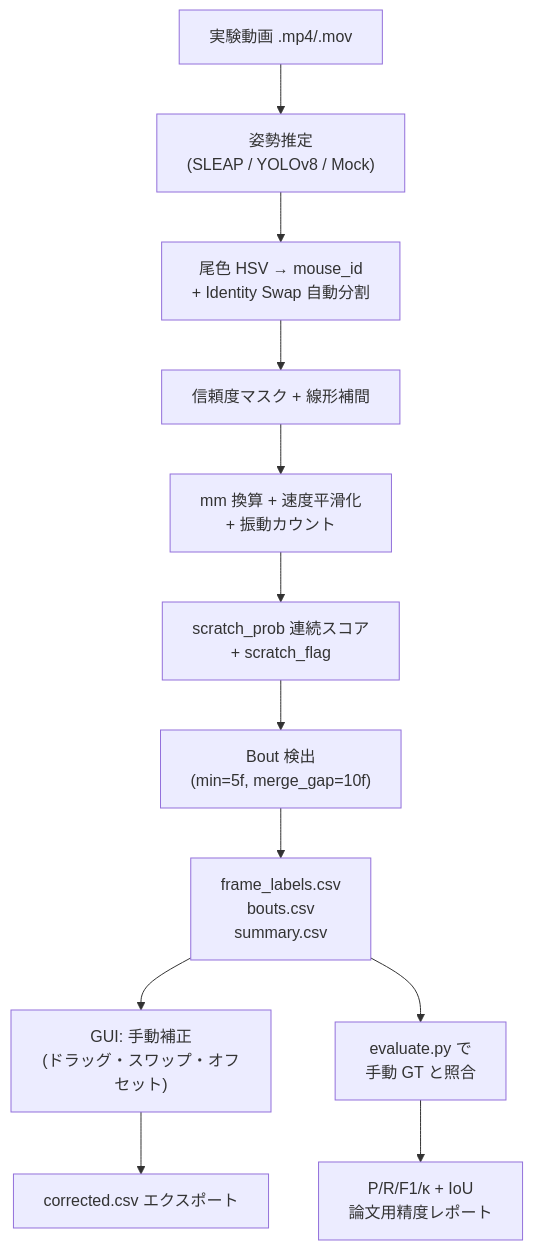
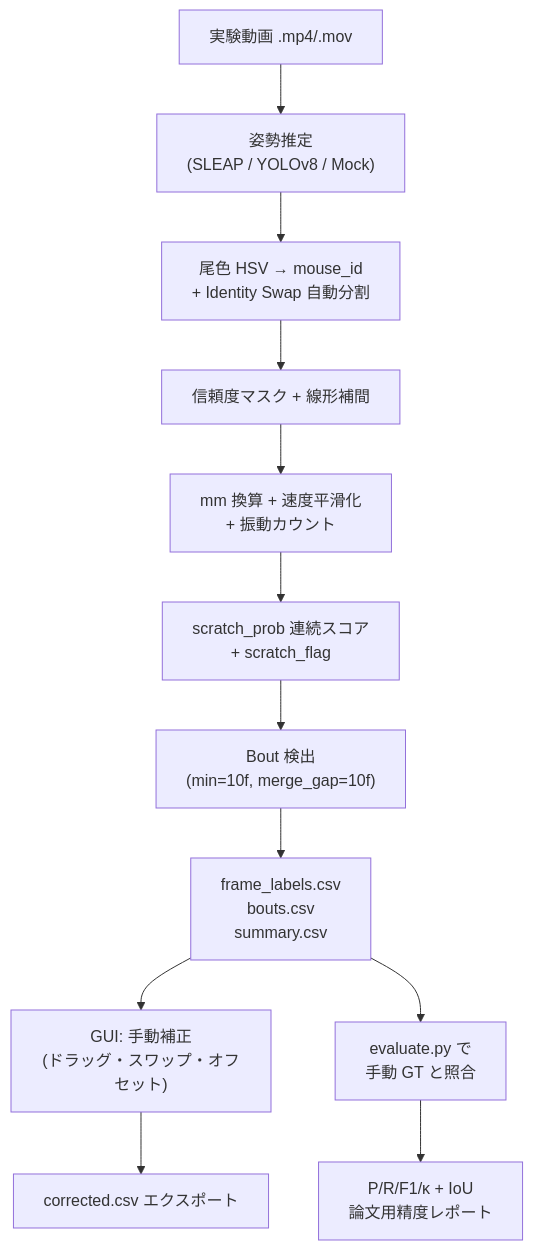
The diagram in README.md (saruko/Scratching-behavior), drawn with Mermaid before and after one commit. The commit also changed other lines of this file, not shown here.

````diff
--- a/README.md
+++ b/README.md
@@ -56,14 +56,14 @@
 ```mermaid
 graph TD
     A["実験動画 .mp4/.mov"] --> B["姿勢推定<br>(SLEAP / YOLOv8 / Mock)"]
     B --> C["尾色 HSV → mouse_id<br>+ Identity Swap 自動分割"]
     C --> D["信頼度マスク + 線形補間"]
     D --> E["mm 換算 + 速度平滑化<br>+ 振動カウント"]
     E --> F["scratch_prob 連続スコア<br>+ scratch_flag"]
-    F --> G["Bout 検出<br>(min=5f, merge_gap=10f)"]
+    F --> G["Bout 検出<br>(min=10f, merge_gap=10f)"]
     G --> H["frame_labels.csv<br>bouts.csv<br>summary.csv"]
     H --> I["GUI: 手動補正<br>(ドラッグ・スワップ・オフセット)"]
     I --> J["corrected.csv エクスポート"]
     H --> K["evaluate.py で<br>手動 GT と照合"]
     K --> L["P/R/F1/κ + IoU<br>論文用精度レポート"]
 ```
````
